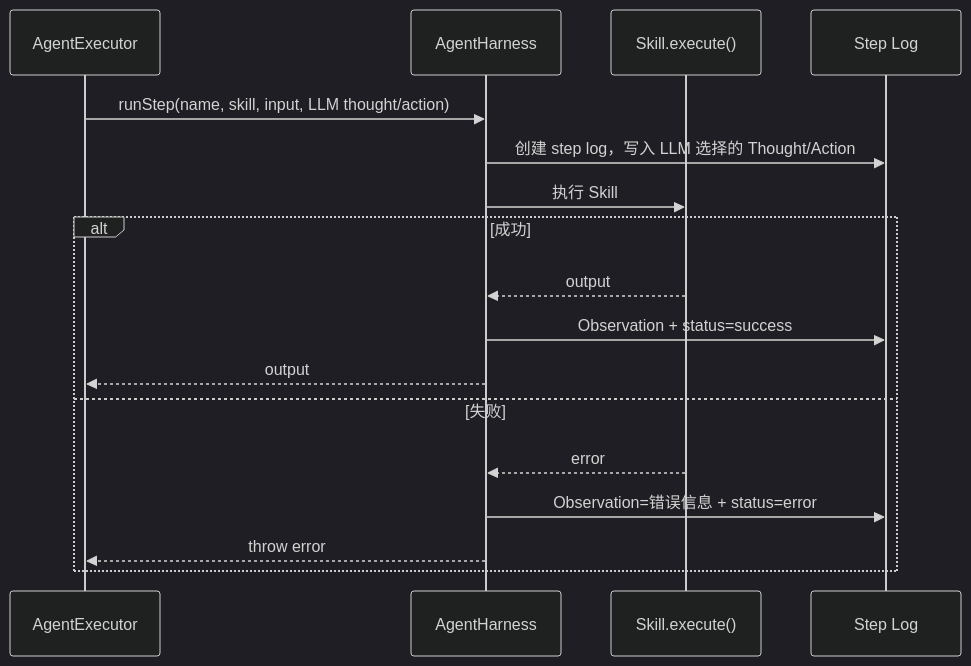
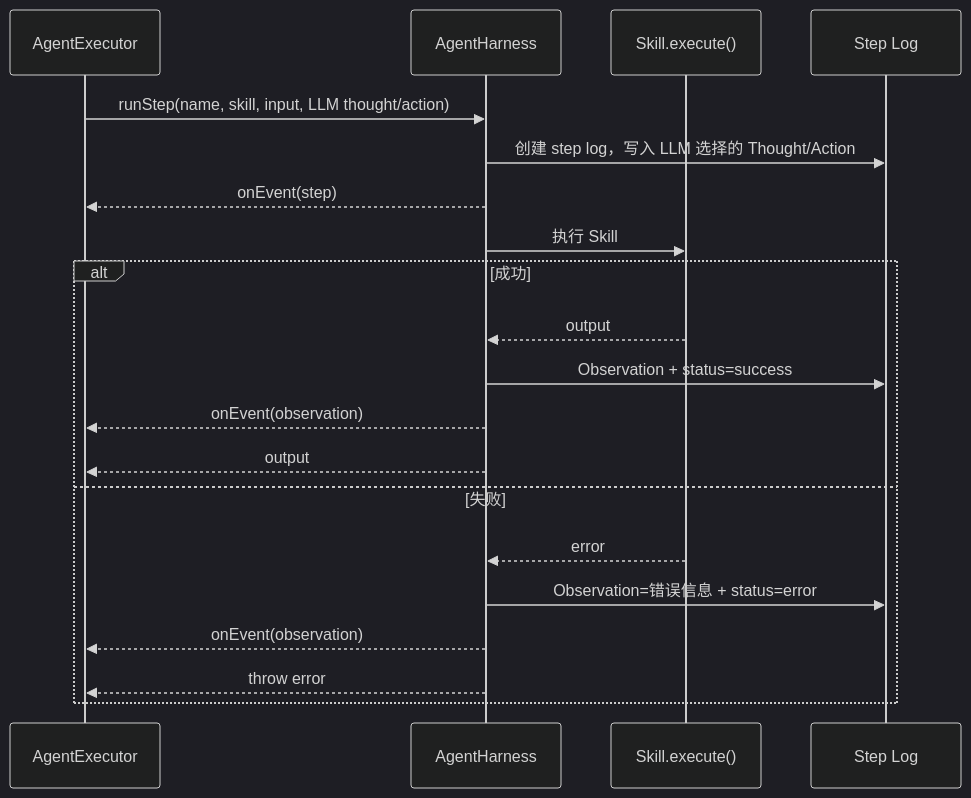
Before and after one commit to YinL04/Daily-tasks-Agent-assistant: the ninth of 17 diagrams in docs/AGENT_ENGINEERING.md, drawn with Mermaid (dark theme). The commit also changed other lines of this file and 26 other files, not shown here.

````diff
--- a/docs/AGENT_ENGINEERING.md
+++ b/docs/AGENT_ENGINEERING.md
@@ -315,20 +368,23 @@
 ```mermaid
 sequenceDiagram
   participant Executor as AgentExecutor
   participant Harness as AgentHarness
   participant Skill as Skill.execute()
   participant Log as Step Log
 
   Executor->>Harness: runStep(name, skill, input, LLM thought/action)
   Harness->>Log: 创建 step log，写入 LLM 选择的 Thought/Action
+  Harness-->>Executor: onEvent(step)
   Harness->>Skill: 执行 Skill
   alt 成功
     Skill-->>Harness: output
     Harness->>Log: Observation + status=success
+    Harness-->>Executor: onEvent(observation)
     Harness-->>Executor: output
   else 失败
     Skill-->>Harness: error
     Harness->>Log: Observation=错误信息 + status=error
+    Harness-->>Executor: onEvent(observation)
     Harness-->>Executor: throw error
   end
 ```
````
